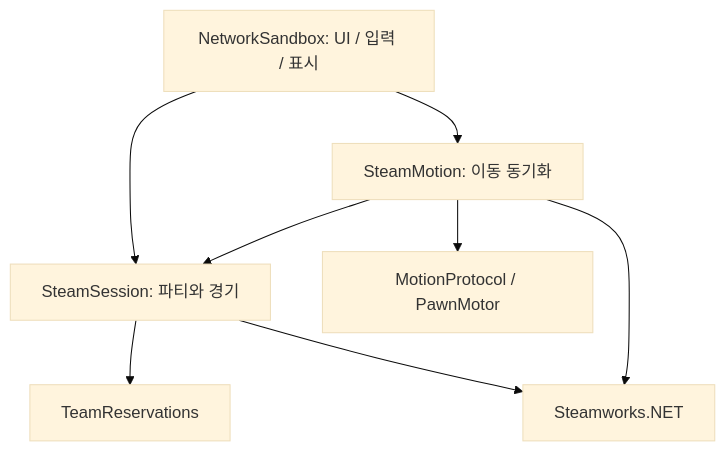
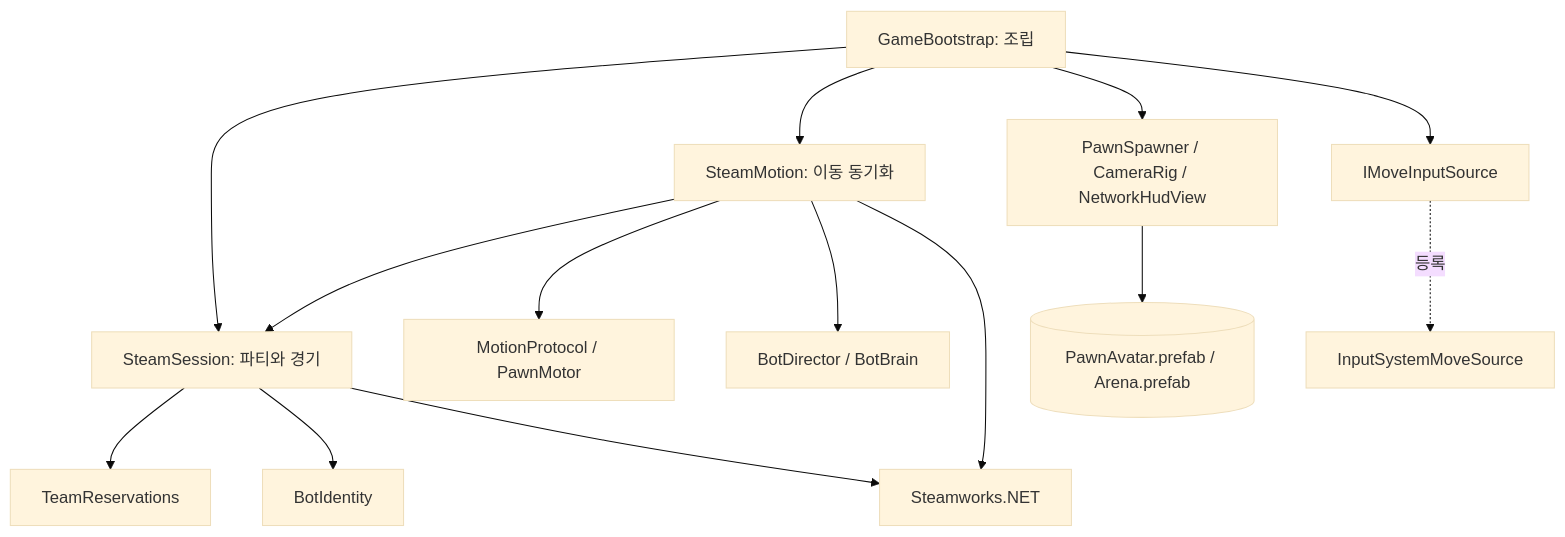
The first of 2 diagrams in Docs/AI/NETWORK_HANDOFF_KO.md (dua0731-cmd/ChessFight), drawn with Mermaid (base theme) before and after one commit. The commit also changed other lines of this file and 69 other files, not shown here.

````diff
--- a/Docs/AI/NETWORK_HANDOFF_KO.md
+++ b/Docs/AI/NETWORK_HANDOFF_KO.md
@@ -101,10 +172,16 @@
 ```mermaid
 flowchart TD
-  UI[NetworkSandbox: UI / 입력 / 표시] --> Session[SteamSession: 파티와 경기]
-  UI --> Motion[SteamMotion: 이동 동기화]
+  Boot[GameBootstrap: 조립] --> Session[SteamSession: 파티와 경기]
+  Boot --> Motion[SteamMotion: 이동 동기화]
+  Boot --> View[PawnSpawner / CameraRig / NetworkHudView]
+  Boot --> Input[IMoveInputSource]
+  Input -. 등록 .-> ISys[InputSystemMoveSource]
+  View --> Prefabs[(PawnAvatar.prefab / Arena.prefab)]
   Motion --> Session
   Session --> Reservations[TeamReservations]
+  Session --> BotId[BotIdentity]
   Motion --> Protocol[MotionProtocol / PawnMotor]
+  Motion --> Brain[BotDirector / BotBrain]
   Session --> SW[Steamworks.NET]
   Motion --> SW
 ```
````
